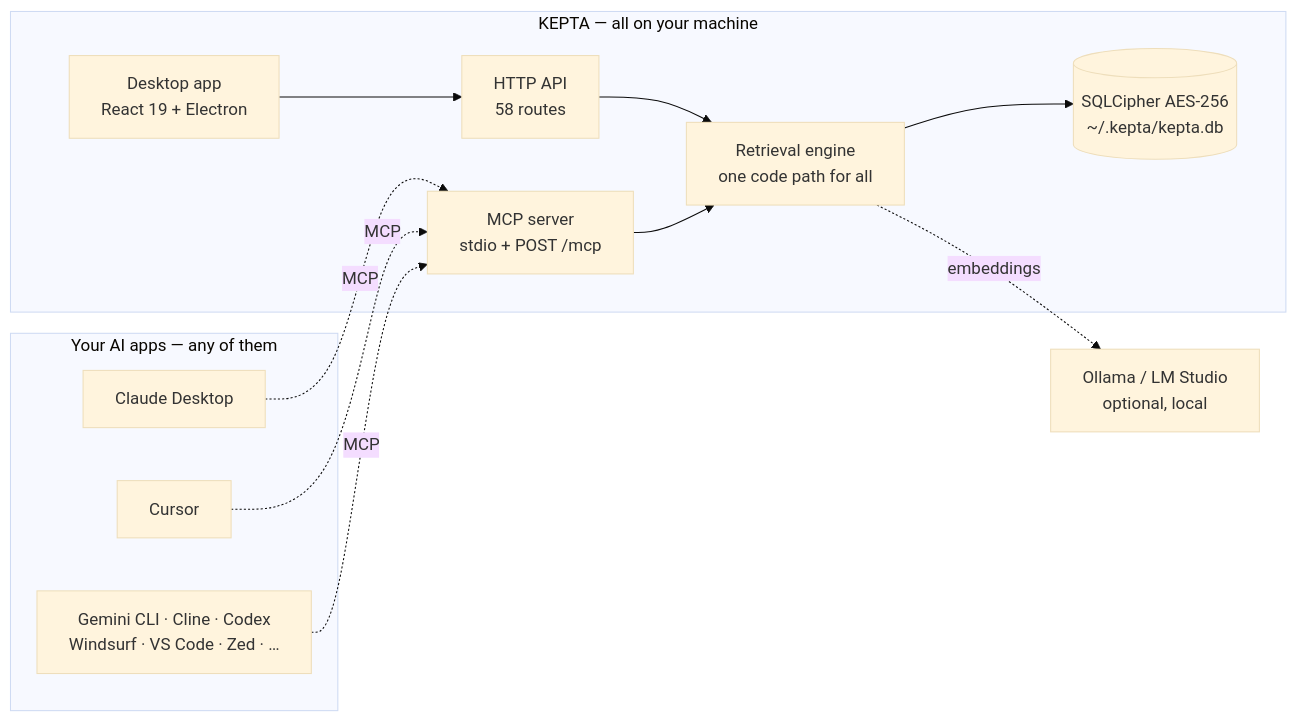
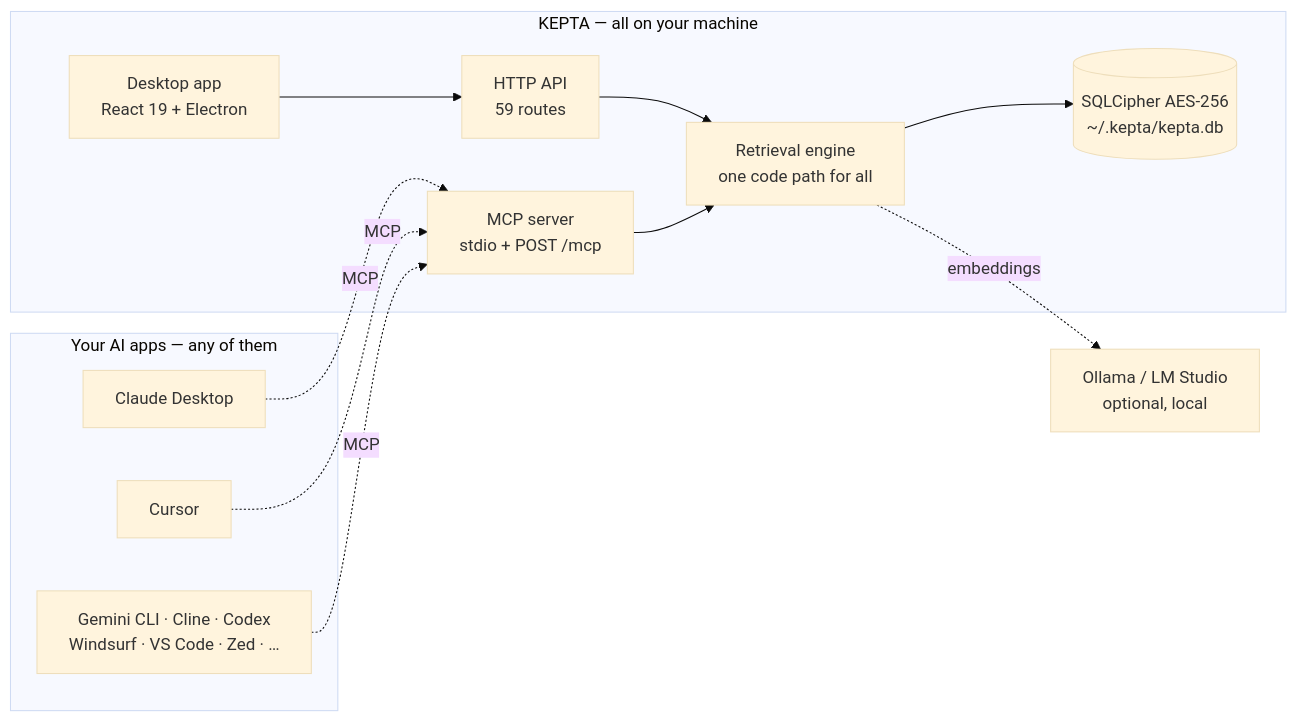
Before and after one commit to DamianTodorovic/kepta: the first of 2 diagrams in README.md, drawn with Mermaid (base theme). The commit also changed other lines of this file and 12 other files, not shown here.

First line of the commit message:
graph: die dritte Ansicht stellt Notizen nach Bedeutung, nicht nach Behauptung

````diff
--- a/README.md
+++ b/README.md
@@ -264,22 +265,22 @@
 ```mermaid
 flowchart LR
   subgraph Clients["Your AI apps — any of them"]
     CD["Claude Desktop"]
     CU["Cursor"]
     GM["Gemini CLI · Cline · Codex<br/>Windsurf · VS Code · Zed · …"]
   end
   subgraph App["KEPTA — all on your machine"]
     UI["Desktop app<br/>React 19 + Electron"]
-    SRV["HTTP API<br/>58 routes"]
+    SRV["HTTP API<br/>59 routes"]
     MCP["MCP server<br/>stdio + POST /mcp"]
     ENG["Retrieval engine<br/>one code path for all"]
     ST[("SQLCipher AES-256<br/>~/.kepta/kepta.db")]
   end
   OLL["Ollama / LM Studio<br/>optional, local"]
   CD & CU & GM -. MCP .-> MCP
   UI --> SRV
   SRV --> ENG
   MCP --> ENG
   ENG --> ST
   ENG -. embeddings .-> OLL
 ```
````
